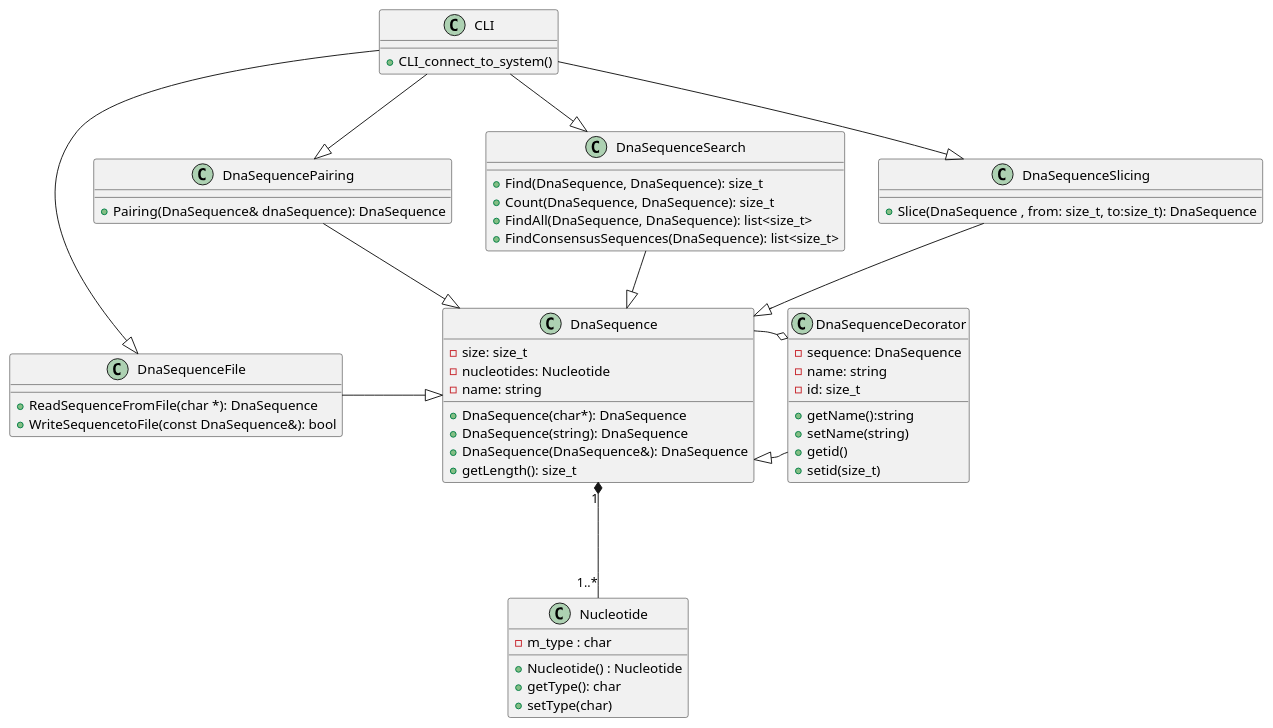
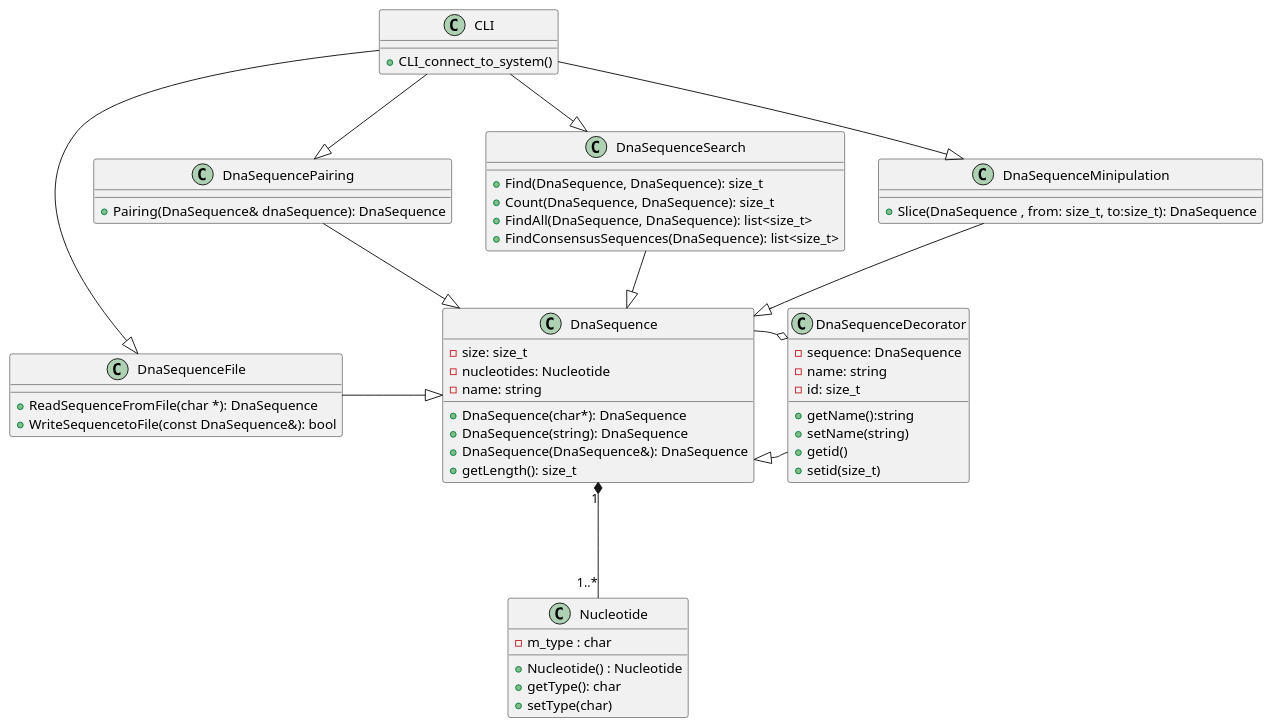
Before and after one commit to m7mood1996/dna-analyzer-project: the first of 3 diagrams in Graphs.md, drawn with PlantUML. The commit also changed 23 other files, not shown here.

````diff
--- a/Graphs.md
+++ b/Graphs.md
@@ -5,79 +5,79 @@
 ```plantuml
 
 class DnaSequence{
     -size: size_t 
     -nucleotides: Nucleotide
     -name: string
     +DnaSequence(char*): DnaSequence
     +DnaSequence(string): DnaSequence
     +DnaSequence(DnaSequence&): DnaSequence
     +getLength(): size_t
     
 
 }
 
 class Nucleotide {
     -m_type : char 
     +Nucleotide() : Nucleotide
     +getType(): char
     +setType(char) 
 
 }
 DnaSequence "1"*---"1..*" Nucleotide
 DnaSequenceFile -right-|> DnaSequence
 DnaSequencePairing -right-|> DnaSequence
 DnaSequenceSearch --|> DnaSequence
-DnaSequenceSlicing --|> DnaSequence
+DnaSequenceMinipulation --|> DnaSequence
 
 class DnaSequenceDecorator{
     - sequence: DnaSequence
     - name: string
     - id: size_t
     +getName():string
     +setName(string)
     +getid()
     +setid(size_t)
 }
 
 DnaSequenceDecorator -up-|>DnaSequence
 DnaSequenceDecorator o-left- DnaSequence
 
 
 
 class DnaSequenceFile {
     +ReadSequenceFromFile(char *): DnaSequence
     +WriteSequencetoFile(const DnaSequence&): bool
 }
 
 class DnaSequencePairing {
 
     +Pairing(DnaSequence& dnaSequence): DnaSequence 
 
 }
 
 class DnaSequenceSearch {
 
     +Find(DnaSequence, DnaSequence): size_t
     +Count(DnaSequence, DnaSequence): size_t
     +FindAll(DnaSequence, DnaSequence): list<size_t>
     +FindConsensusSequences(DnaSequence): list<size_t> 
 
 }
 
-class DnaSequenceSlicing {
+class DnaSequenceMinipulation {
 
     +Slice(DnaSequence , from: size_t, to:size_t): DnaSequence
 
 }
 
 class CLI{
         + CLI_connect_to_system()
 
 }
 
 CLI --|> DnaSequenceFile 
 CLI --|> DnaSequencePairing 
 CLI --|> DnaSequenceSearch 
-CLI --|> DnaSequenceSlicing 
+CLI --|> DnaSequenceMinipulation 
 
 ```
````
